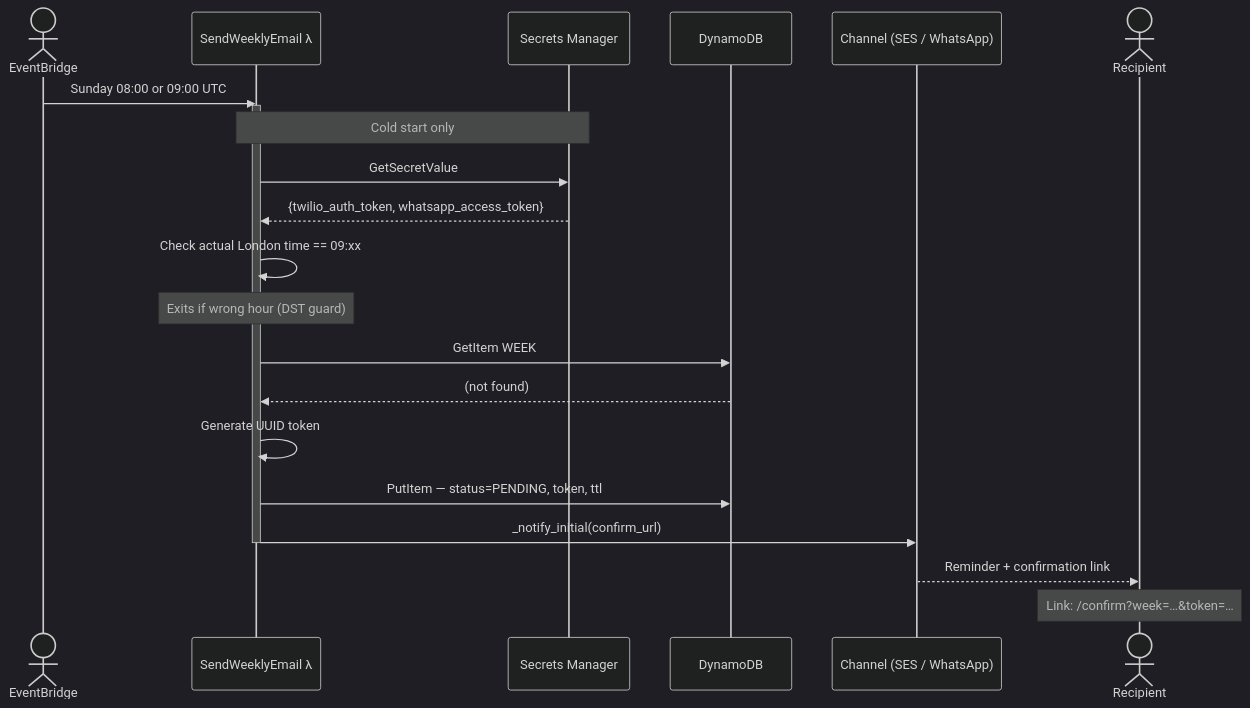
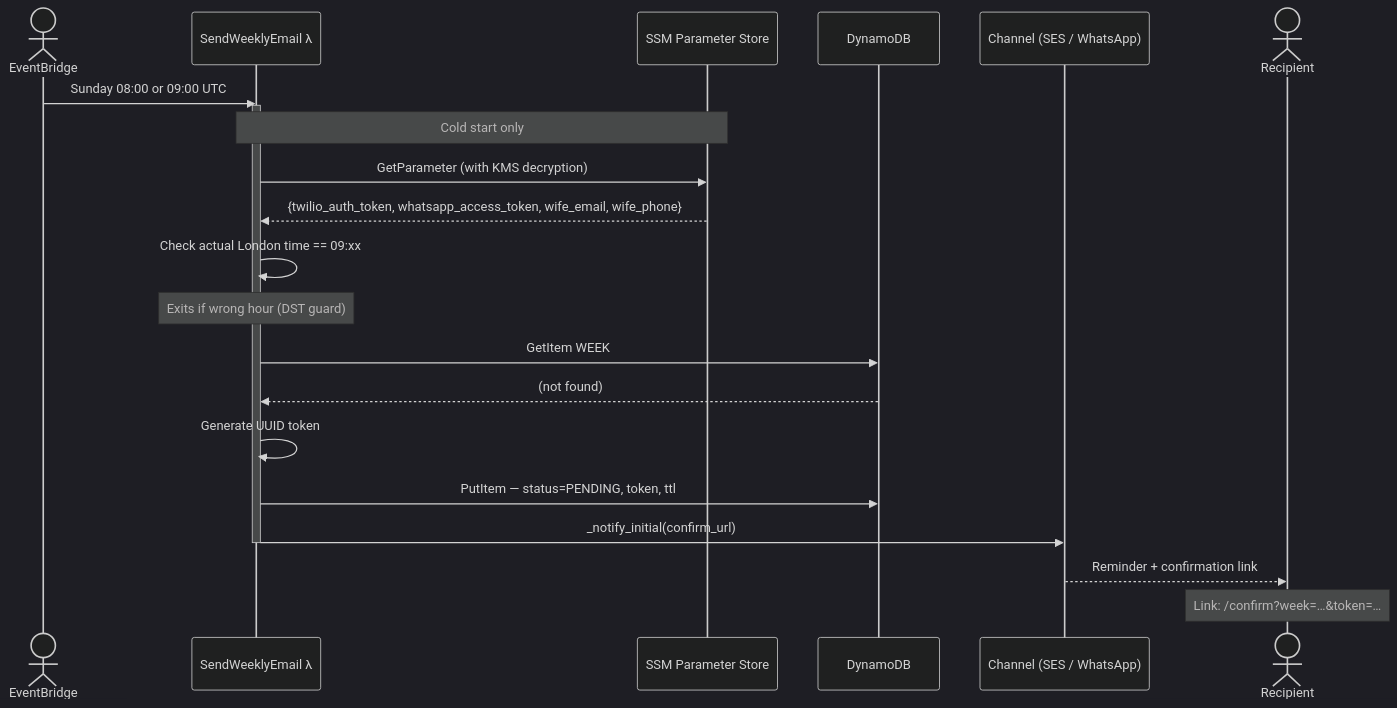
The third of 12 diagrams in docs/architecture.md (baldrickuk/washingmachine-notifications), drawn with Mermaid before and after one commit. The commit also changed other lines of this file, not shown here.

First line of the commit message:
docs: update architecture diagram and docs to include S3 and reflect SSM migration

````diff
--- a/docs/architecture.md
+++ b/docs/architecture.md
@@ -156,32 +160,32 @@
 ```mermaid
 %%{init: {'theme': 'dark', 'themeVariables': {'primaryColor': '#1e3a5f', 'primaryTextColor': '#c9d1d9', 'primaryBorderColor': '#4a7ab5', 'lineColor': '#58a6ff', 'edgeLabelBackground': '#0d1117'}}}%%
 
 sequenceDiagram
     actor EB as EventBridge
     participant L  as SendWeeklyEmail λ
-    participant SM as Secrets Manager
+    participant SSM as SSM Parameter Store
     participant DB as DynamoDB
     participant CH as Channel (SES / WhatsApp)
     actor W  as Recipient
 
     EB->>L: Sunday 08:00 or 09:00 UTC
     activate L
 
-    Note over L,SM: Cold start only
-    L->>SM: GetSecretValue
-    SM-->>L: {twilio_auth_token, whatsapp_access_token}
+    Note over L,SSM: Cold start only
+    L->>SSM: GetParameter (with KMS decryption)
+    SSM-->>L: {twilio_auth_token, whatsapp_access_token, wife_email, wife_phone}
 
     L->>L: Check actual London time == 09:xx
     Note over L: Exits if wrong hour (DST guard)
 
     L->>DB: GetItem WEEK#2026-05-17
     DB-->>L: (not found)
 
     L->>L: Generate UUID token
     L->>DB: PutItem — status=PENDING, token, ttl
     L->>CH: _notify_initial(confirm_url)
     deactivate L
 
     CH-->>W: Reminder + confirmation link
     Note over W: Link: /confirm?week=…&token=…
 ```
````
